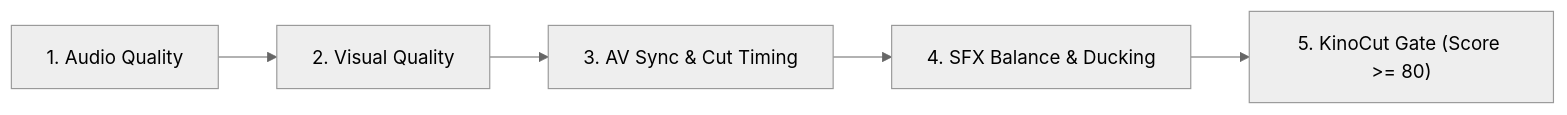
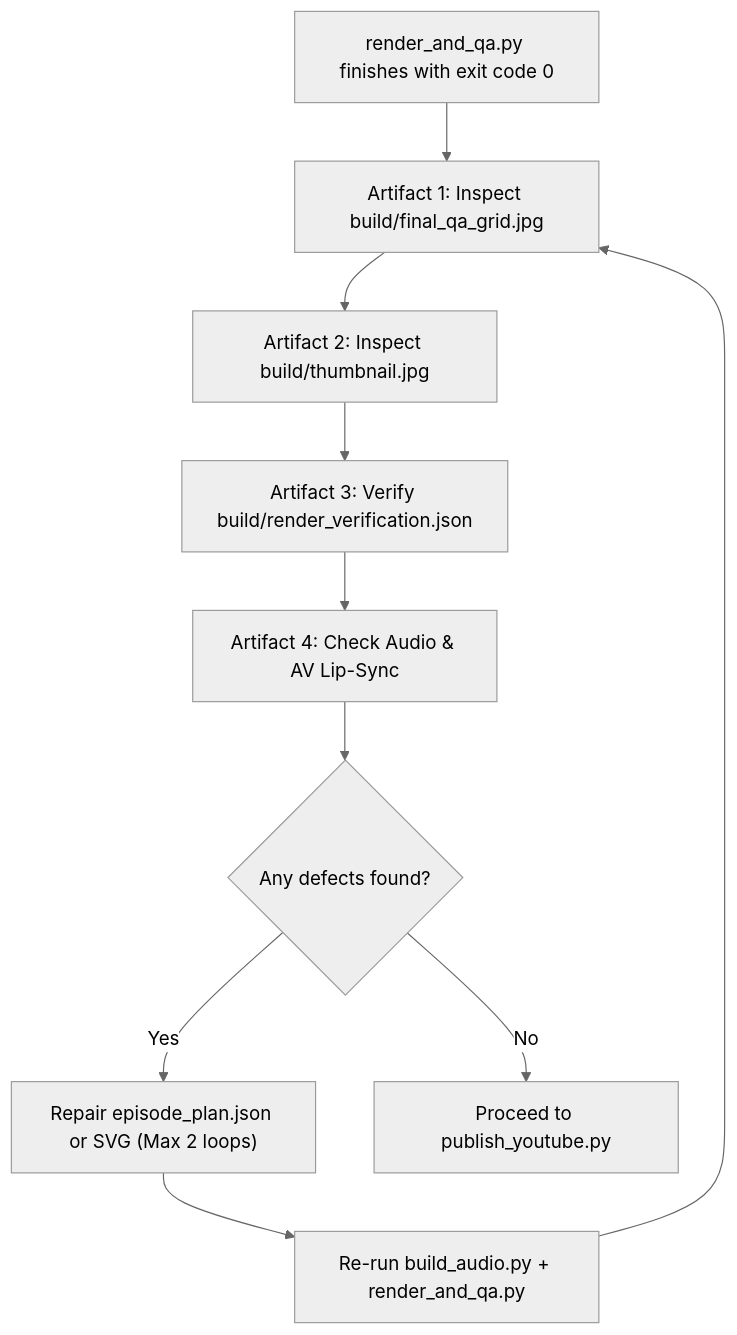
One commit to manishborikar92/Sutradhar changed the second of 2 diagrams in docs/INSTRUCTIONS.md. Above: the diagram before and after it, drawn with Mermaid (neutral theme). The commit also changed other lines of this file and 3 other files, not shown here.

````diff
--- a/docs/INSTRUCTIONS.md
+++ b/docs/INSTRUCTIONS.md
@@ -126,7 +308,12 @@
 ```mermaid
-flowchart LR
-    A["1. Audio Quality"] --> B["2. Visual Quality"]
-    B --> C["3. AV Sync & Cut Timing"]
-    C --> D["4. SFX Balance & Ducking"]
-    D --> E["5. KinoCut Gate (Score >= 80)"]
+flowchart TD
+    A["render_and_qa.py finishes with exit code 0"] --> B["Artifact 1: Inspect build/final_qa_grid.jpg"]
+    B --> C["Artifact 2: Inspect build/thumbnail.jpg"]
+    C --> D["Artifact 3: Verify build/render_verification.json"]
+    D --> E["Artifact 4: Check Audio & AV Lip-Sync"]
+    E --> F{"Any defects found?"}
+    F -- Yes --> G["Repair episode_plan.json or SVG (Max 2 loops)"]
+    G --> H["Re-run build_audio.py + render_and_qa.py"]
+    H --> B
+    F -- No --> I["Proceed to publish_youtube.py"]
 ```
````
